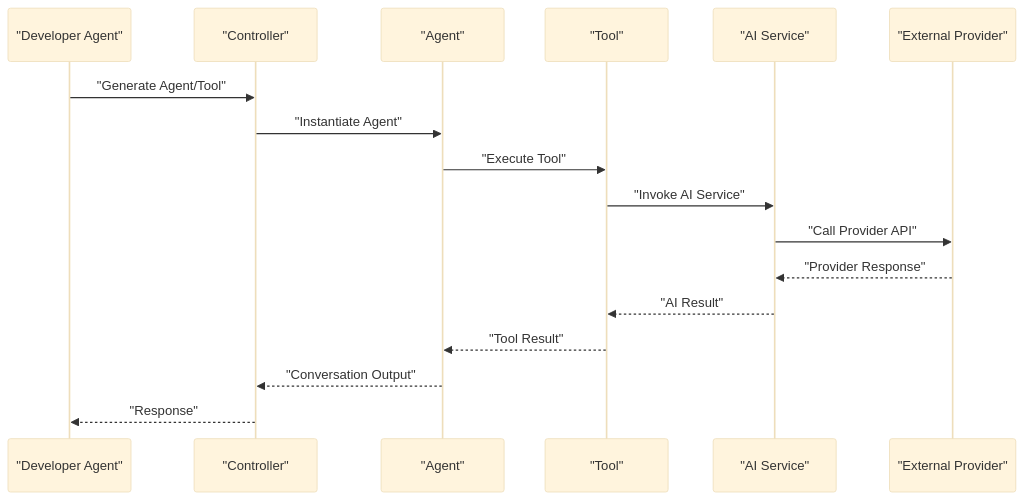
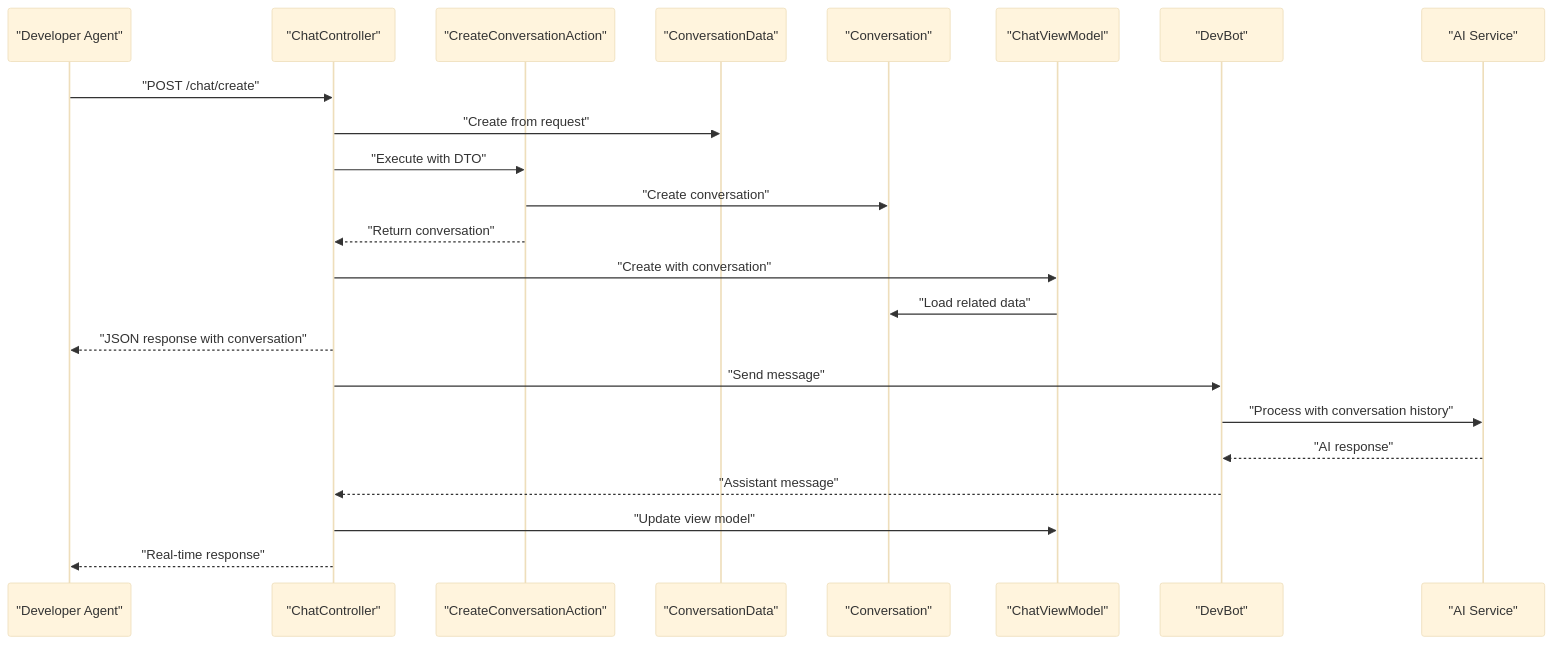
One commit to siimliimand/laravel-assistant changed the ninth of 12 diagrams in .qoder/repowiki/en/content/Architecture Overview/Architecture Overview.md. Above: the diagram before and after it, drawn with Mermaid (base theme). The commit also changed other lines of this file and 12 other files, not shown here.

First line of the commit message:
docs(ai): add architectural and actions layer specifications

````diff
--- a/.qoder/repowiki/en/content/Architecture Overview/Architecture Overview.md
+++ b/.qoder/repowiki/en/content/Architecture Overview/Architecture Overview.md
@@ -203,19 +545,25 @@
 ```mermaid
 sequenceDiagram
 participant Dev as "Developer Agent"
-participant Ctrl as "Controller"
-participant Agent as "Agent"
-participant Tool as "Tool"
+participant Ctrl as "ChatController"
+participant Action as "CreateConversationAction"
+participant DTO as "ConversationData"
+participant Model as "Conversation"
+participant VM as "ChatViewModel"
+participant Agent as "DevBot"
 participant AISvc as "AI Service"
-participant Ext as "External Provider"
-Dev->>Ctrl : "Generate Agent/Tool"
-Ctrl->>Agent : "Instantiate Agent"
-Agent->>Tool : "Execute Tool"
-Tool->>AISvc : "Invoke AI Service"
-AISvc->>Ext : "Call Provider API"
-Ext-->>AISvc : "Provider Response"
-AISvc-->>Tool : "AI Result"
-Tool-->>Agent : "Tool Result"
-Agent-->>Ctrl : "Conversation Output"
-Ctrl-->>Dev : "Response"
+Dev->>Ctrl : "POST /chat/create"
+Ctrl->>DTO : "Create from request"
+Ctrl->>Action : "Execute with DTO"
+Action->>Model : "Create conversation"
+Action-->>Ctrl : "Return conversation"
+Ctrl->>VM : "Create with conversation"
+VM->>Model : "Load related data"
+Ctrl-->>Dev : "JSON response with conversation"
+Ctrl->>Agent : "Send message"
+Agent->>AISvc : "Process with conversation history"
+AISvc-->>Agent : "AI response"
+Agent-->>Ctrl : "Assistant message"
+Ctrl->>VM : "Update view model"
+Ctrl-->>Dev : "Real-time response"
 ```
````
